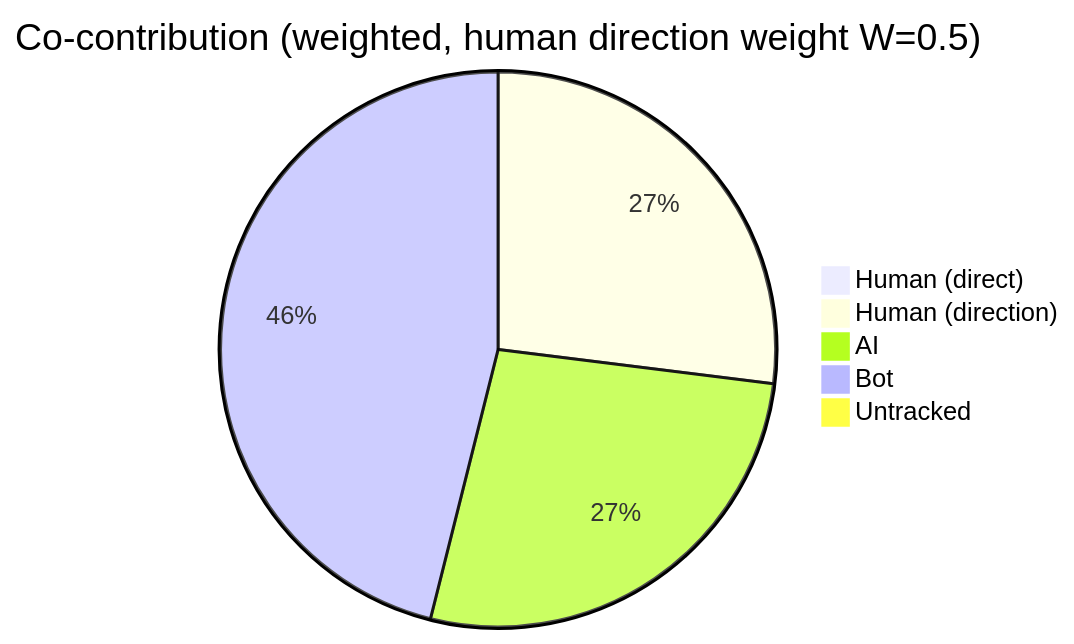
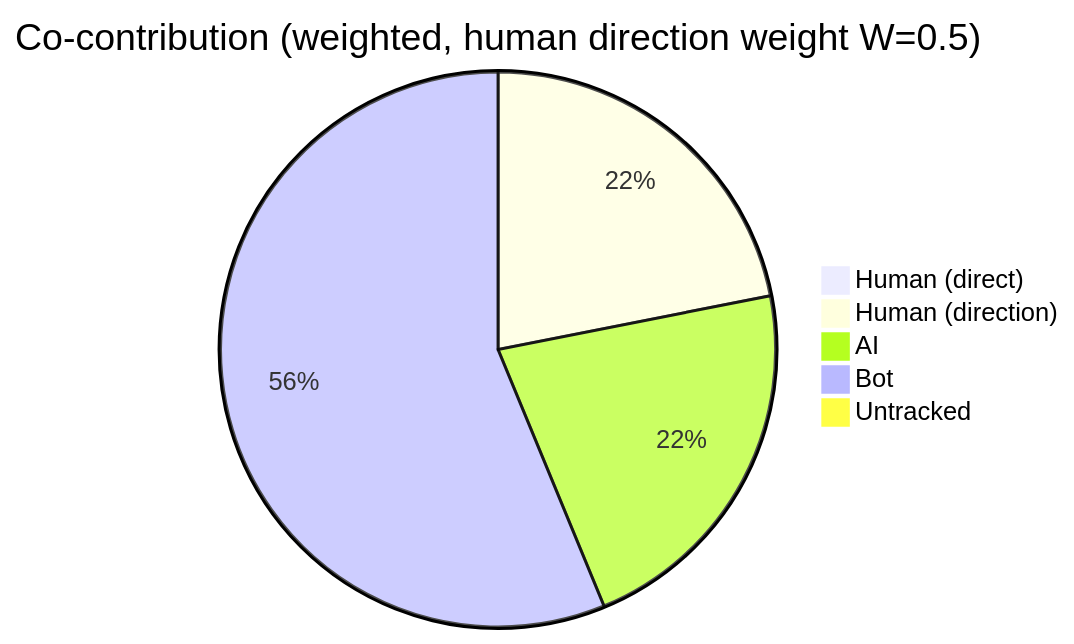
One commit to CaliMark/ai-authorship changed the first of 4 diagrams in AI-AUTHORSHIP.md. Above: the diagram before and after it, drawn with Mermaid. The commit also changed other lines of this file and 1 other file, not shown here.

````diff
--- a/AI-AUTHORSHIP.md
+++ b/AI-AUTHORSHIP.md
@@ -23,8 +23,8 @@
 ```mermaid
 pie title Co-contribution (weighted, human direction weight W=0.5)
     "Human (direct)" : 0
-    "Human (direction)" : 1522
-    "AI" : 1521
-    "Bot" : 2601
+    "Human (direction)" : 1054
+    "AI" : 1053
+    "Bot" : 2707
     "Untracked" : 0
 ```
````
